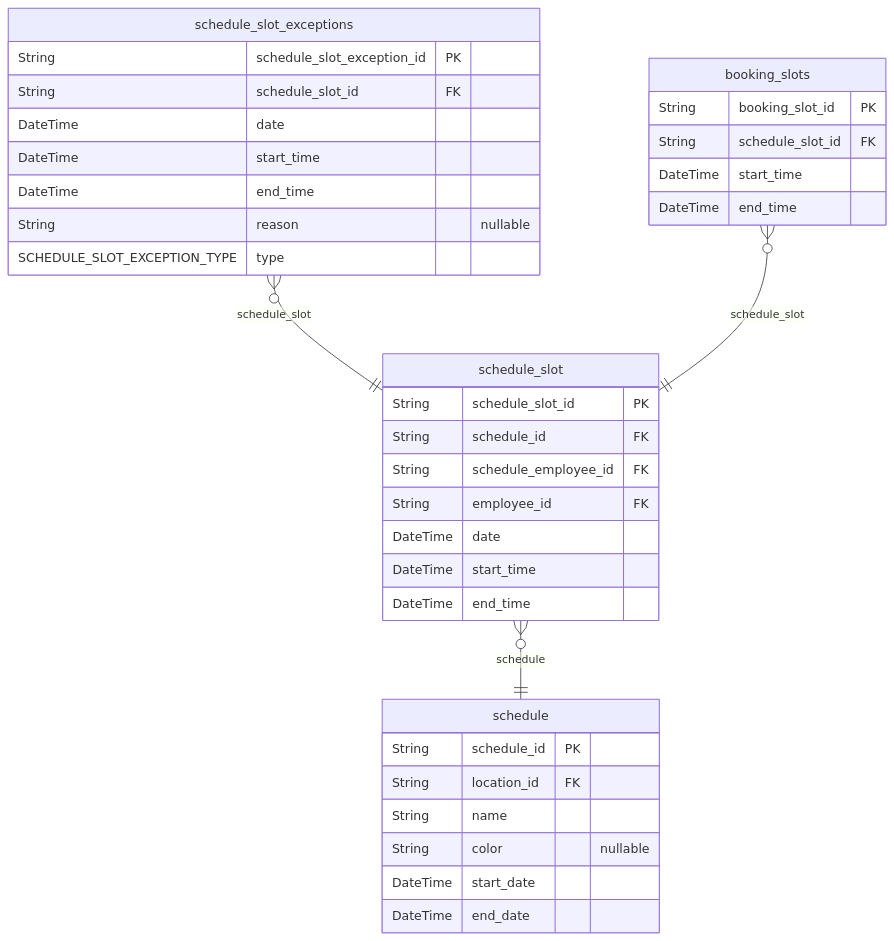
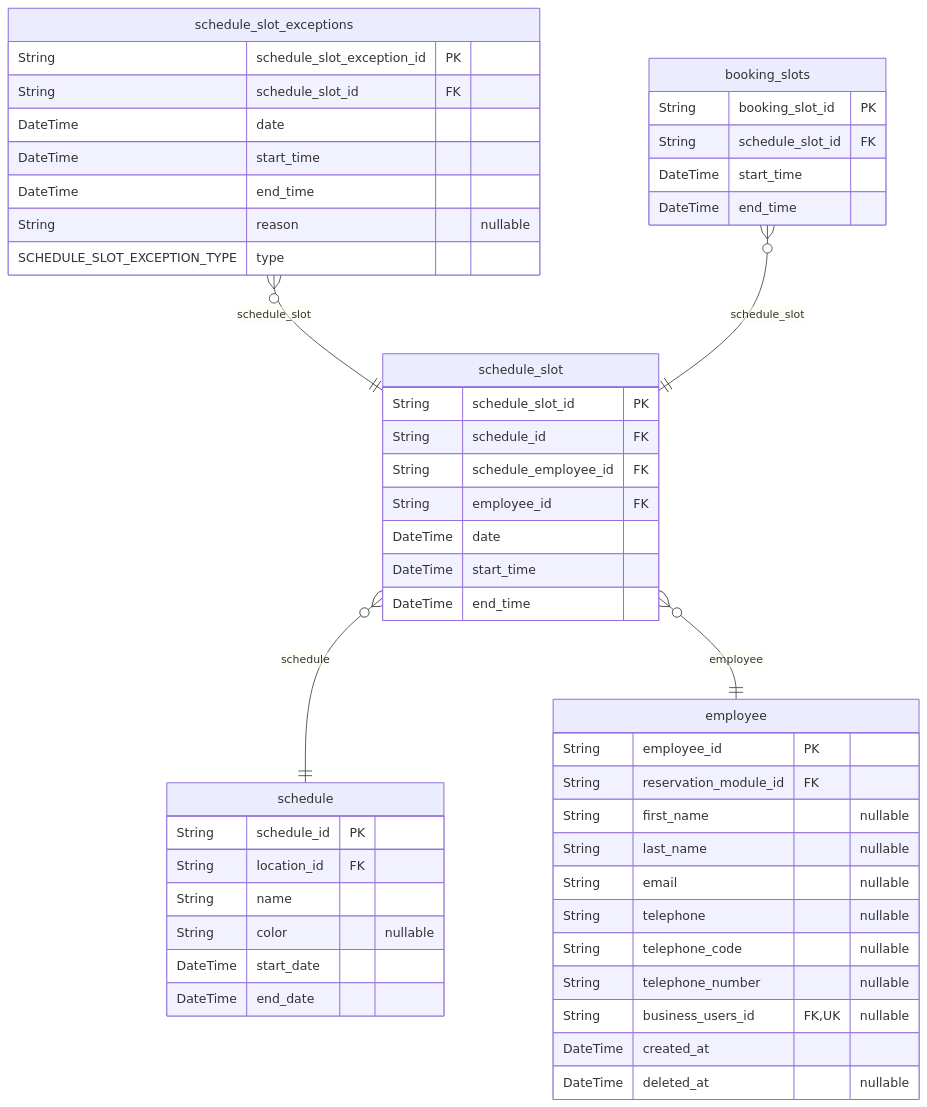
Diagram 36 of 38 in prisma/schemas/ERD.md (pbozic/be-analyisis), drawn with Mermaid before and after one commit. The commit also changed other lines of this file and 3 other files, not shown here.

````diff
--- a/prisma/schemas/ERD.md
+++ b/prisma/schemas/ERD.md
@@ -7914,38 +8227,52 @@
 ```mermaid
 erDiagram
+"employee" {
+  String employee_id PK
+  String reservation_module_id FK
+  String first_name "nullable"
+  String last_name "nullable"
+  String email "nullable"
+  String telephone "nullable"
+  String telephone_code "nullable"
+  String telephone_number "nullable"
+  String business_users_id FK,UK "nullable"
+  DateTime created_at
+  DateTime deleted_at "nullable"
+}
 "schedule" {
   String schedule_id PK
   String location_id FK
   String name
   String color "nullable"
   DateTime start_date
   DateTime end_date
 }
 "schedule_slot" {
   String schedule_slot_id PK
   String schedule_id FK
   String schedule_employee_id FK
   String employee_id FK
   DateTime date
   DateTime start_time
   DateTime end_time
 }
 "schedule_slot_exceptions" {
   String schedule_slot_exception_id PK
   String schedule_slot_id FK
   DateTime date
   DateTime start_time
   DateTime end_time
   String reason "nullable"
   SCHEDULE_SLOT_EXCEPTION_TYPE type
 }
 "booking_slots" {
   String booking_slot_id PK
   String schedule_slot_id FK
   DateTime start_time
   DateTime end_time
 }
 "schedule_slot" }o--|| "schedule" : schedule
+"schedule_slot" }o--|| "employee" : employee
 "schedule_slot_exceptions" }o--|| "schedule_slot" : schedule_slot
 "booking_slots" }o--|| "schedule_slot" : schedule_slot
 ```
````
